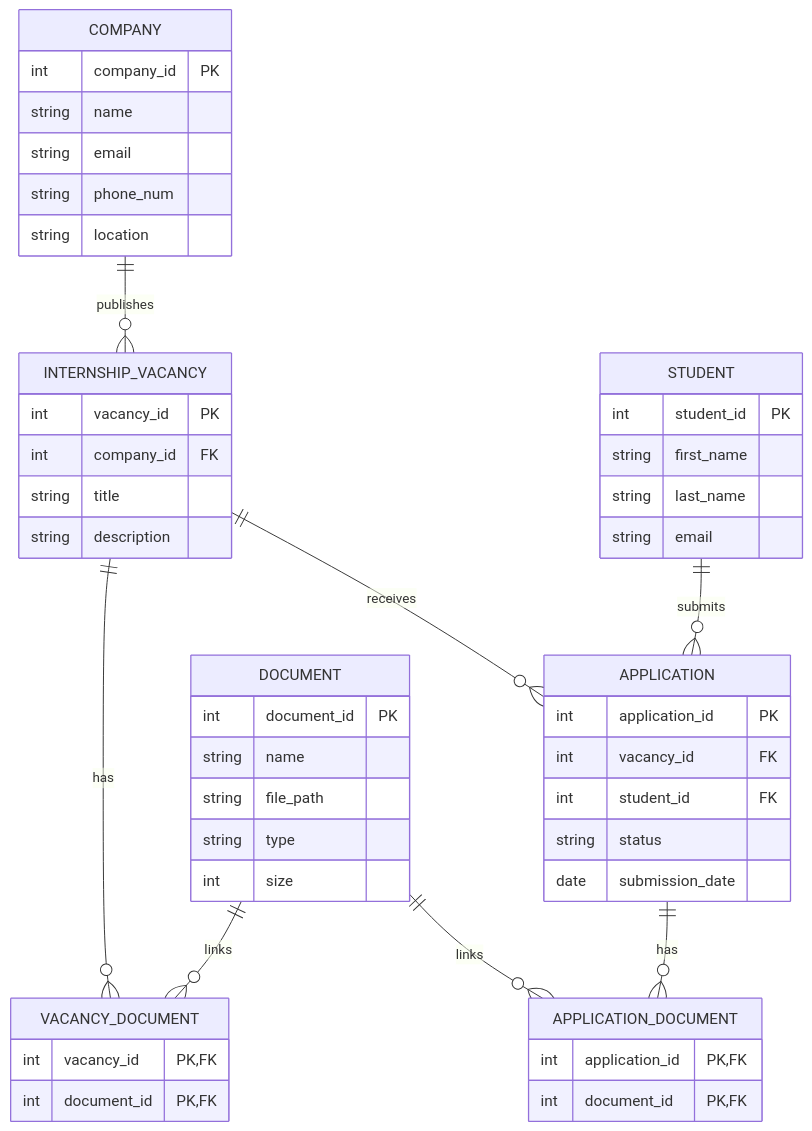
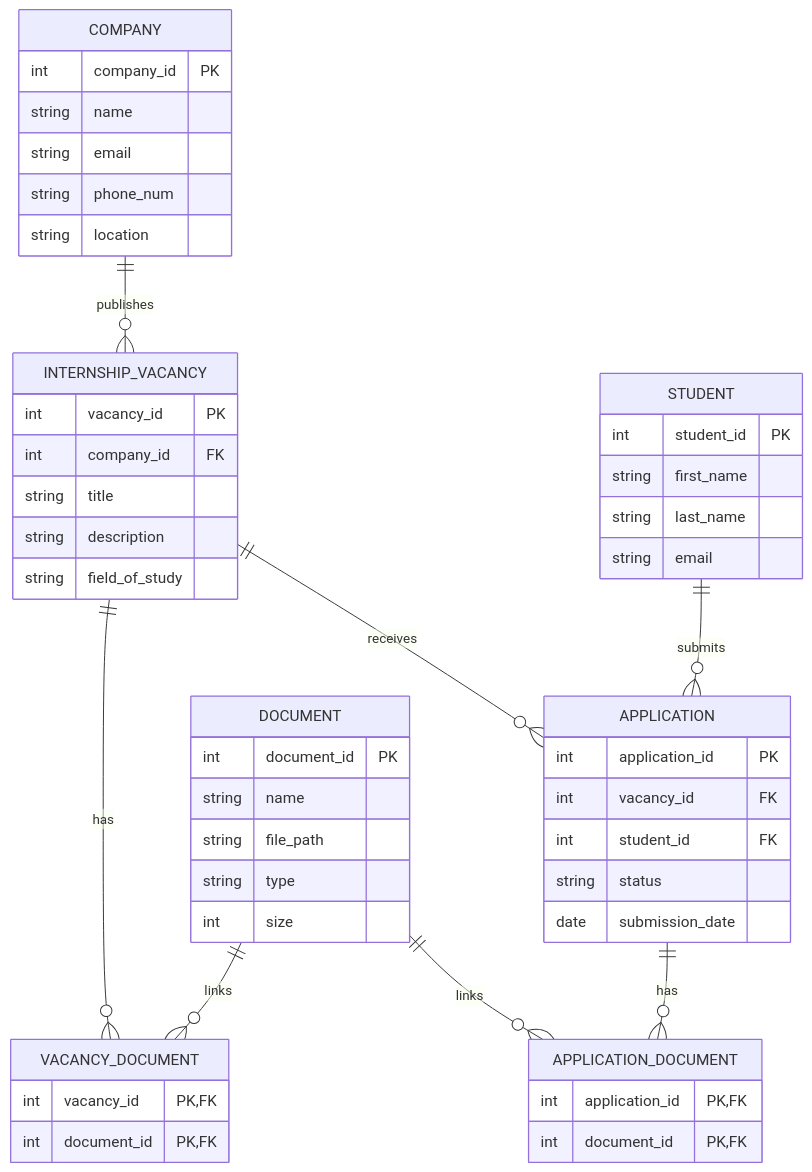
The diagram in docs/report.md (Reon0703/comp3613a1), drawn with Mermaid before and after one commit. The commit also changed other lines of this file and 21 other files, not shown here.

````diff
--- a/docs/report.md
+++ b/docs/report.md
@@ -29,52 +29,53 @@
 ```mermaid
 erDiagram
   COMPANY ||--o{ INTERNSHIP_VACANCY : publishes
   STUDENT ||--o{ APPLICATION : submits
   INTERNSHIP_VACANCY ||--o{ APPLICATION : receives
   APPLICATION ||--o{ APPLICATION_DOCUMENT : has
   DOCUMENT ||--o{ APPLICATION_DOCUMENT : links
   INTERNSHIP_VACANCY ||--o{ VACANCY_DOCUMENT : has
   DOCUMENT ||--o{ VACANCY_DOCUMENT : links
 
   COMPANY {
     int company_id PK
     string name
     string email
     string phone_num
     string location
   }
   STUDENT {
     int student_id PK
     string first_name
     string last_name
     string email
   }
   INTERNSHIP_VACANCY {
     int vacancy_id PK
     int company_id FK
     string title
     string description
+    string field_of_study
   }
   APPLICATION {
     int application_id PK
     int vacancy_id FK
     int student_id FK
     string status
     date submission_date
   }
   DOCUMENT {
     int document_id PK
     string name
     string file_path
     string type
     int size
   }
   APPLICATION_DOCUMENT {
     int application_id PK, FK
     int document_id PK, FK
   }
   VACANCY_DOCUMENT {
     int vacancy_id PK, FK
     int document_id PK, FK
   }
 ```
````
